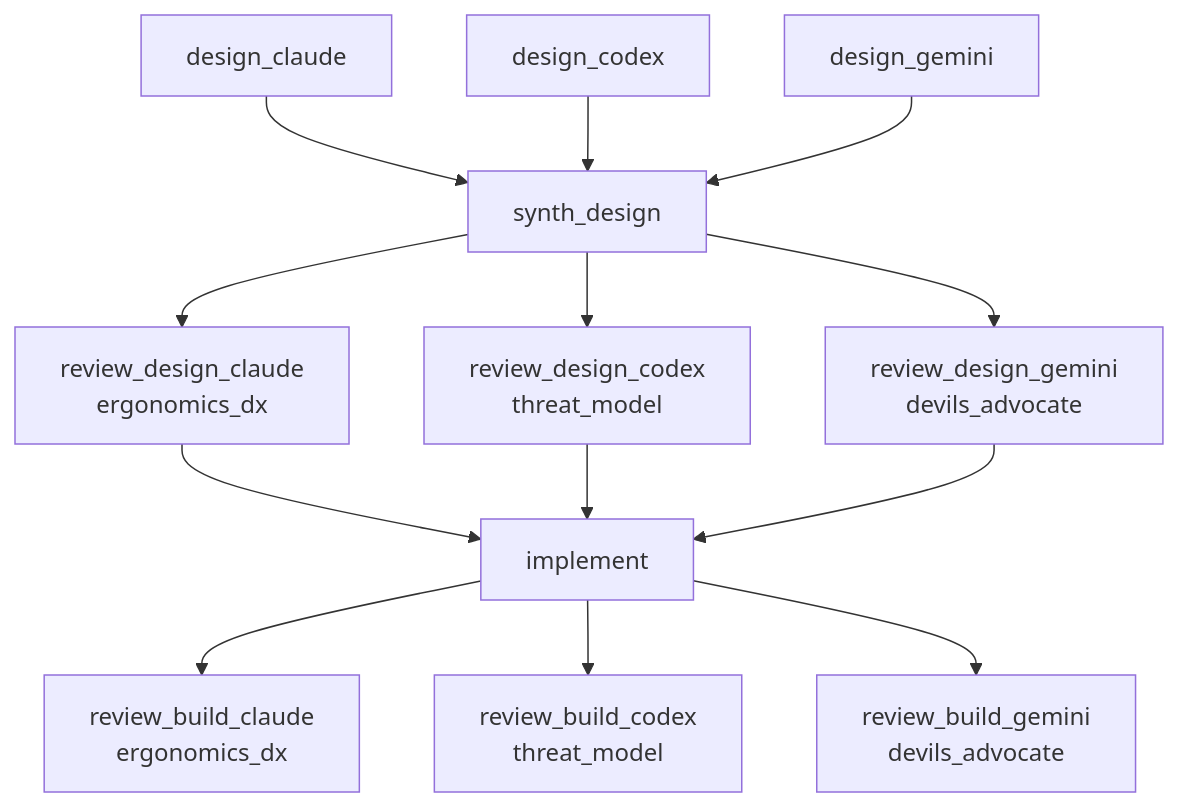
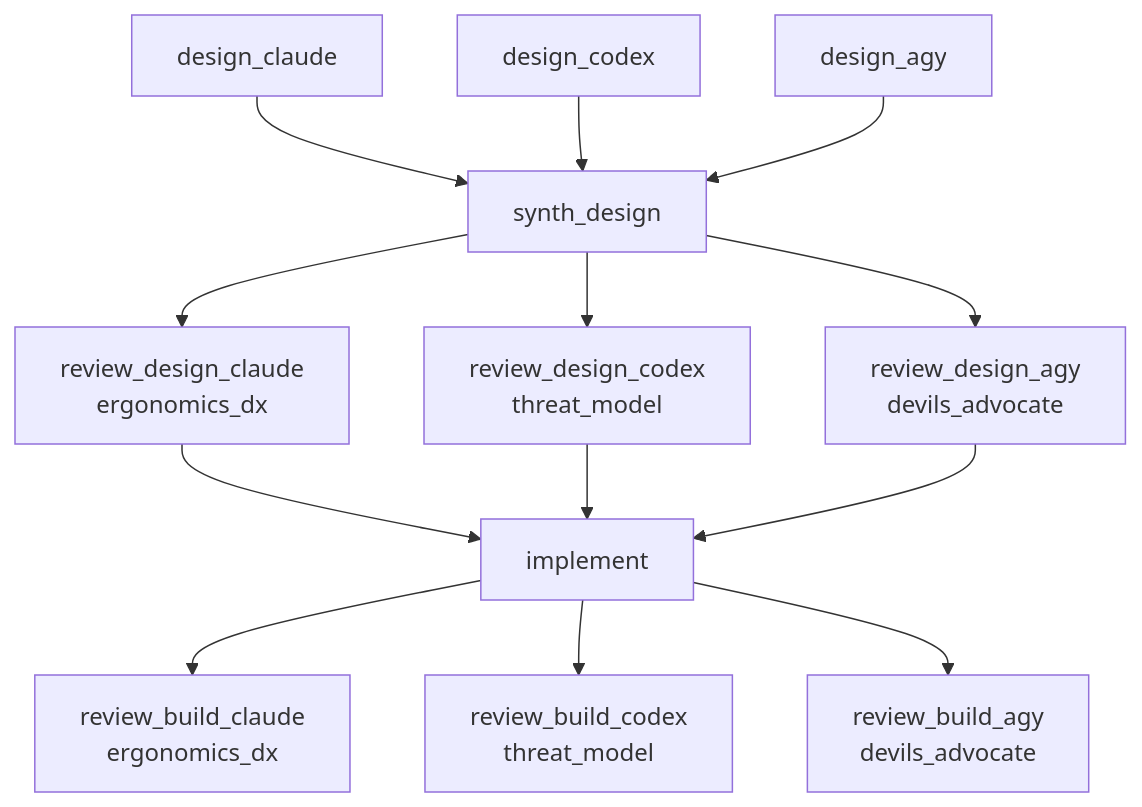
Before and after one commit to halbritt/kayak-gen: the diagram in docs/workflows/0043-rfc-0043-stage-4-stability-rig-pipeline/RUNBOOK.md, drawn with Mermaid. The commit also changed other lines of this file and 8 other files, not shown here.

First line of the commit message:
Replace gemini lane with agy in workflow 0043

````diff
--- a/docs/workflows/0043-rfc-0043-stage-4-stability-rig-pipeline/RUNBOOK.md
+++ b/docs/workflows/0043-rfc-0043-stage-4-stability-rig-pipeline/RUNBOOK.md
@@ -41,20 +41,20 @@
 ```mermaid
 flowchart TD
   dc[design_claude]
   dx[design_codex]
-  dg[design_gemini]
+  dg[design_agy]
   syn[synth_design]
   rdc[review_design_claude<br/>ergonomics_dx]
   rdx[review_design_codex<br/>threat_model]
-  rdg[review_design_gemini<br/>devils_advocate]
+  rdg[review_design_agy<br/>devils_advocate]
   imp[implement]
   rbc[review_build_claude<br/>ergonomics_dx]
   rbx[review_build_codex<br/>threat_model]
-  rbg[review_build_gemini<br/>devils_advocate]
+  rbg[review_build_agy<br/>devils_advocate]
   dc --> syn
   dx --> syn
   dg --> syn
   syn --> rdc & rdx & rdg
   rdc & rdx & rdg --> imp
   imp --> rbc & rbx & rbg
 ```
````
